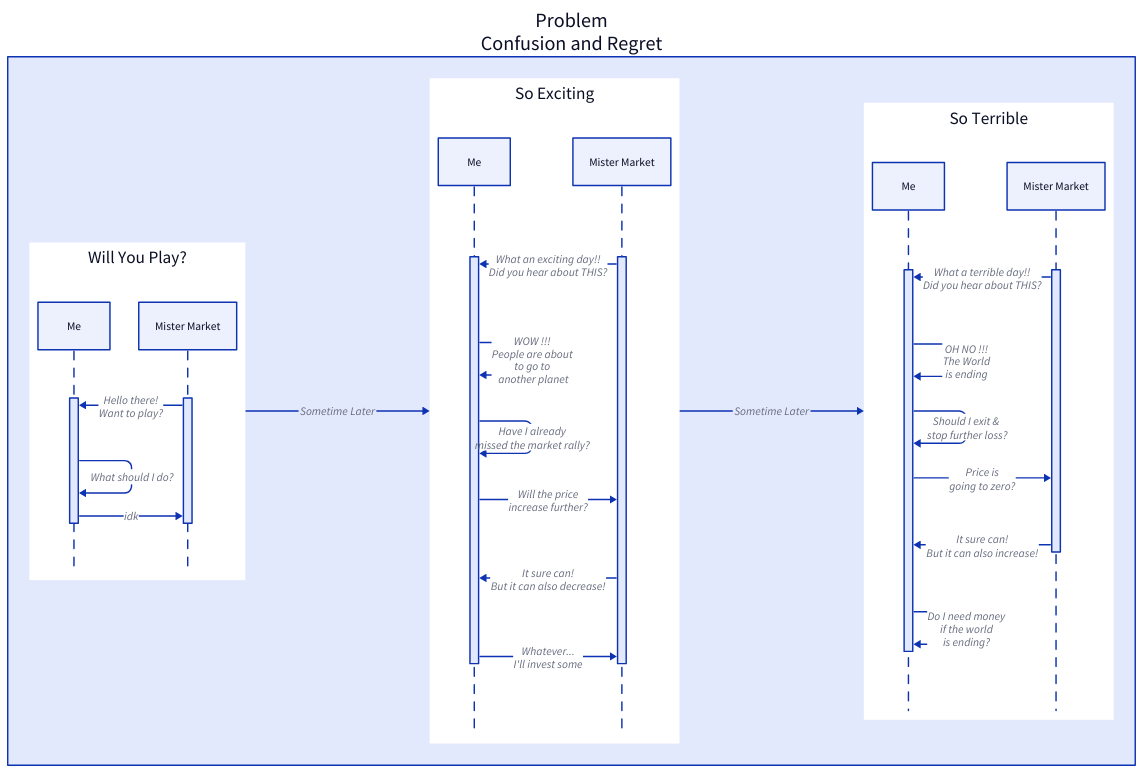
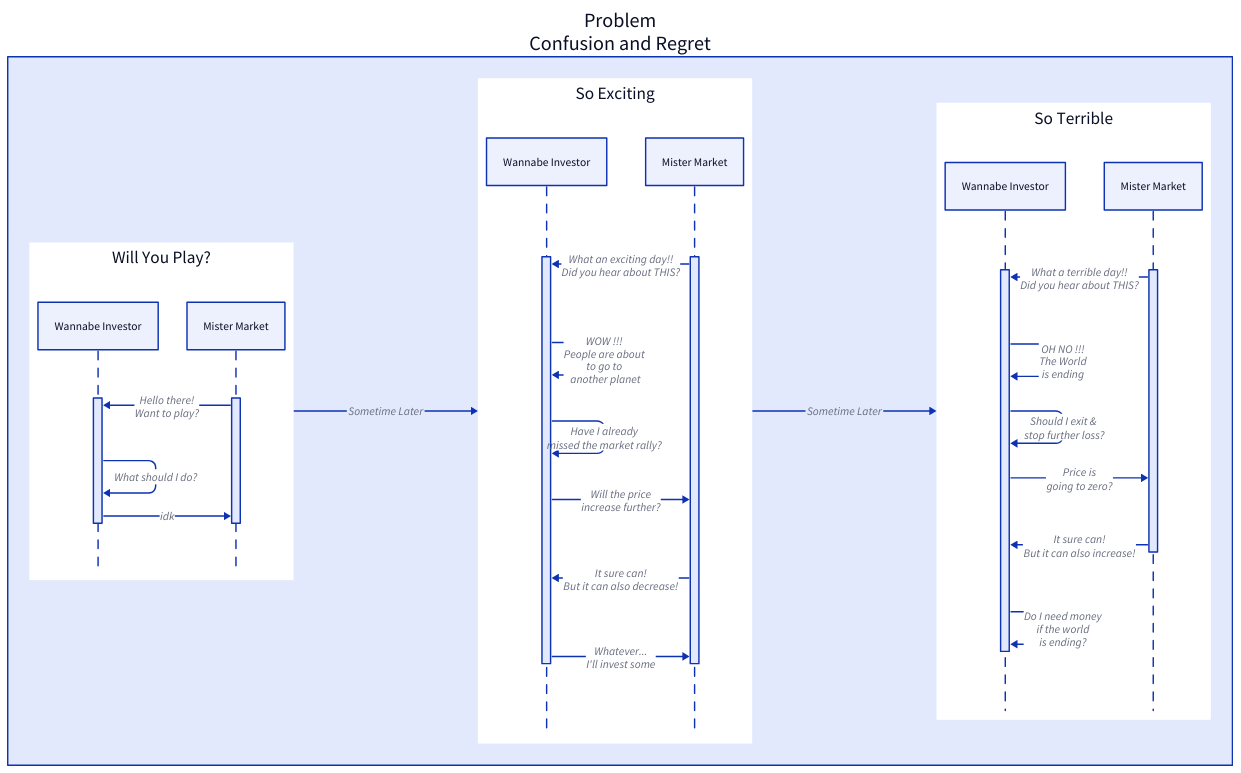
Before and after one commit to wqustudent/madoff: the diagram in report/images/m2__conversation__problem_statement.d2, drawn with D2. The commit also changed 7 other files, not shown here.

```diff
--- a/report/images/m2__conversation__problem_statement.d2
+++ b/report/images/m2__conversation__problem_statement.d2
@@ -1,39 +1,39 @@
 direction: right
 Problem\nConfusion and Regret: {
 
   play: Will You Play? {
     shape: sequence_diagram
-    me: Me
+    me: Wannabe Investor
     mm: Mister Market
     mm.play -> me.play: Hello there!\nWant to play?
     me.play -> me.play: What should I do?
     me.play -> mm.play: idk
   }
 
   up: So Exciting {
     shape: sequence_diagram
-    me: Me
+    me: Wannabe Investor
     mm: Mister Market
     mm.up -> me.up: What an exciting day!!\nDid you hear about THIS?
     me.up -> me.up: WOW !!!\nPeople are about\nto go to\n another planet
     me.up -> me.up: Have I already\nmissed the market rally?
     me.up -> mm.up: Will the price\nincrease further?
     mm.up -> me.up: It sure can!\nBut it can also decrease!
     me.up -> mm.up: Whatever...\nI'll invest some
   }
 
   down: So Terrible {
     shape: sequence_diagram
-    me: Me
+    me: Wannabe Investor
     mm: Mister Market
     mm.down -> me.down: What a terrible day!!\nDid you hear about THIS?
     me.down -> me.down: OH NO !!!\nThe World\nis ending
     me.down -> me.down: Should I exit &\n stop further loss?
     me.down -> mm.down: Price is\ngoing to zero?
     mm.down -> me.down: It sure can!\nBut it can also increase!
     me.down -> me.down: Do I need money\nif the world\nis ending?
   }
 
   play -> up: "  Sometime Later  "
   up -> down: "  Sometime Later  "
 }
```
